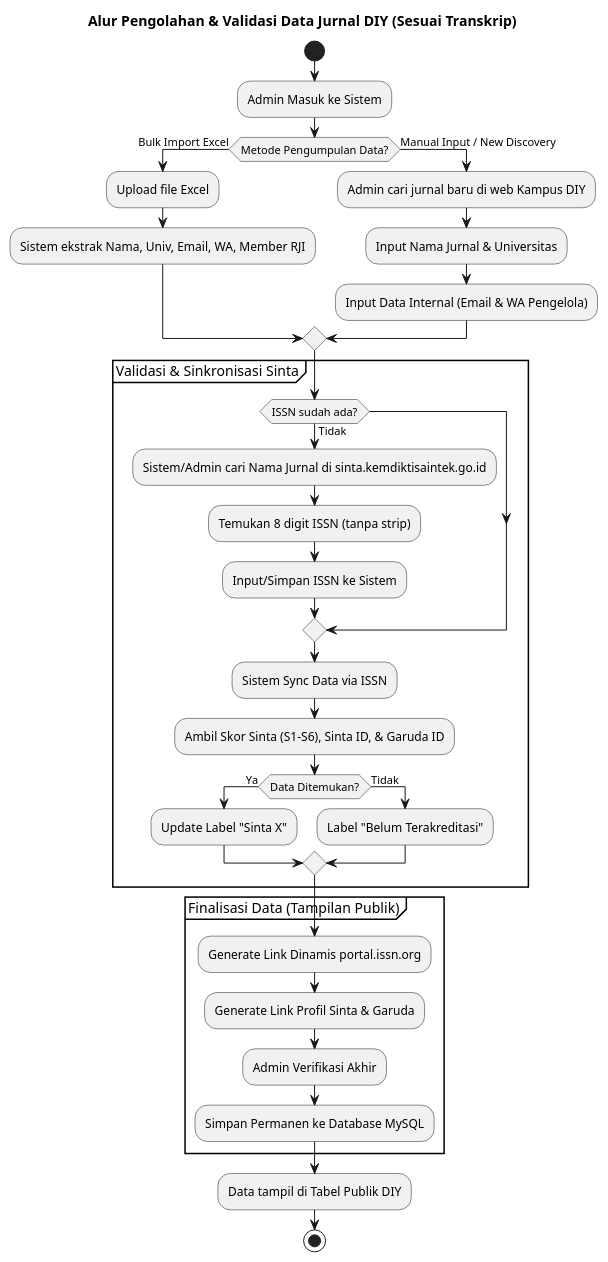
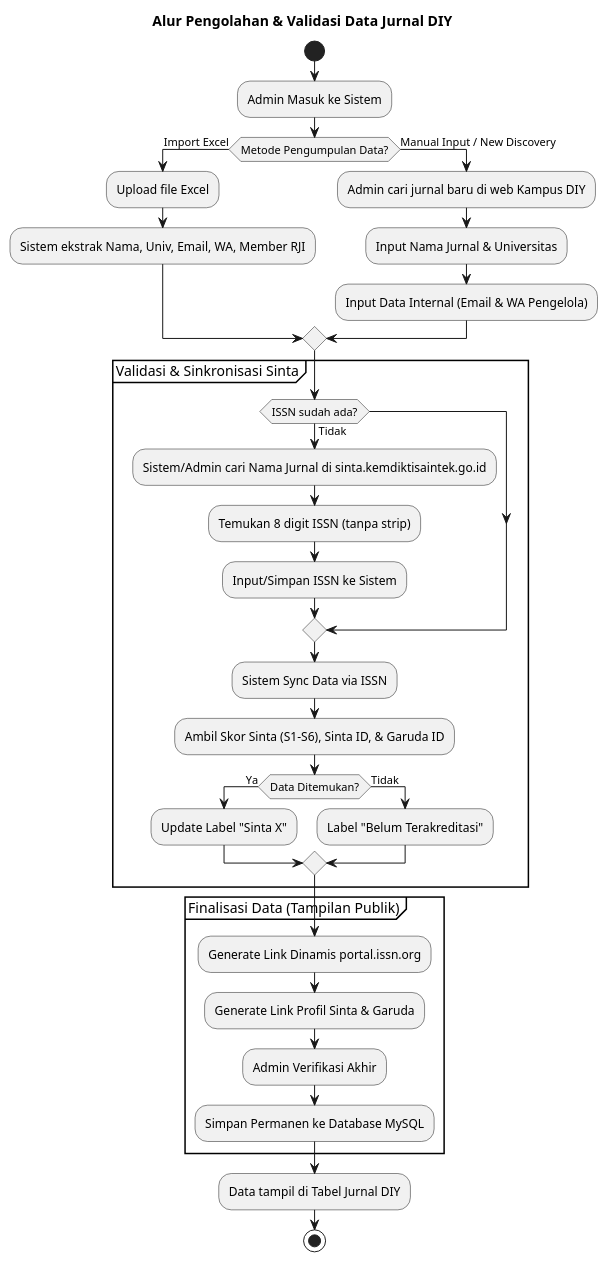
One commit to adilaroisa/dbj changed the diagram in flow.puml. Above: the diagram before and after it, drawn with PlantUML. The commit also changed 11 other files, not shown here.

```diff
--- a/flow.puml
+++ b/flow.puml
@@ -1,41 +1,41 @@
 @startuml
-title Alur Pengolahan & Validasi Data Jurnal DIY (Sesuai Transkrip)
+title Alur Pengolahan & Validasi Data Jurnal DIY 
 
 start
 :Admin Masuk ke Sistem;
 
-if (Metode Pengumpulan Data?) then (Bulk Import Excel)
+if (Metode Pengumpulan Data?) then (Import Excel)
   :Upload file Excel;
   :Sistem ekstrak Nama, Univ, Email, WA, Member RJI;
 else (Manual Input / New Discovery)
   :Admin cari jurnal baru di web Kampus DIY;
   :Input Nama Jurnal & Universitas;
   :Input Data Internal (Email & WA Pengelola);
 endif
 
 partition "Validasi & Sinkronisasi Sinta" {
   if (ISSN sudah ada?) then (Tidak)
     :Sistem/Admin cari Nama Jurnal di sinta.kemdiktisaintek.go.id;
     :Temukan 8 digit ISSN (tanpa strip);
     :Input/Simpan ISSN ke Sistem;
   endif
 
   :Sistem Sync Data via ISSN;
   :Ambil Skor Sinta (S1-S6), Sinta ID, & Garuda ID;
   if (Data Ditemukan?) then (Ya)
     :Update Label "Sinta X";
   else (Tidak)
     :Label "Belum Terakreditasi";
   endif
 }
 
 partition "Finalisasi Data (Tampilan Publik)" {
   :Generate Link Dinamis portal.issn.org;
   :Generate Link Profil Sinta & Garuda;
   :Admin Verifikasi Akhir;
   :Simpan Permanen ke Database MySQL;
 }
 
-:Data tampil di Tabel Publik DIY;
+:Data tampil di Tabel Jurnal DIY;
 stop
 @enduml
```
